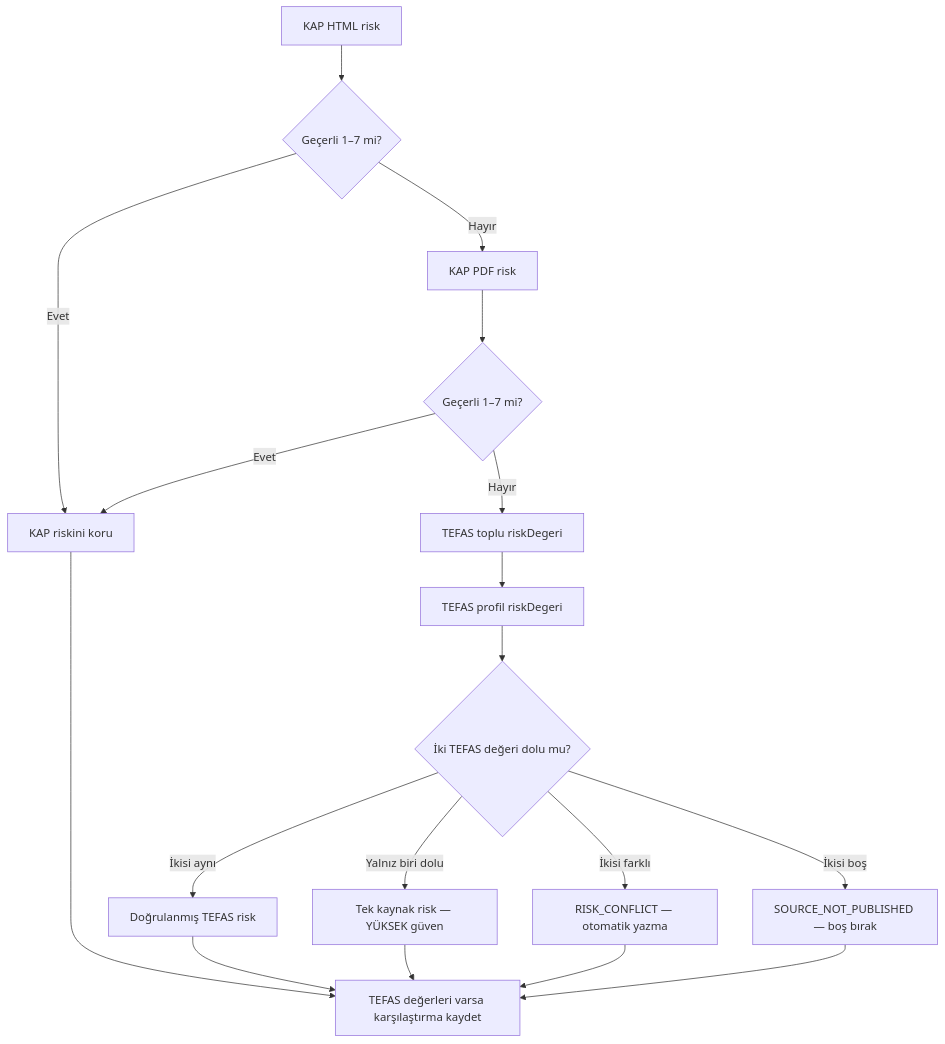
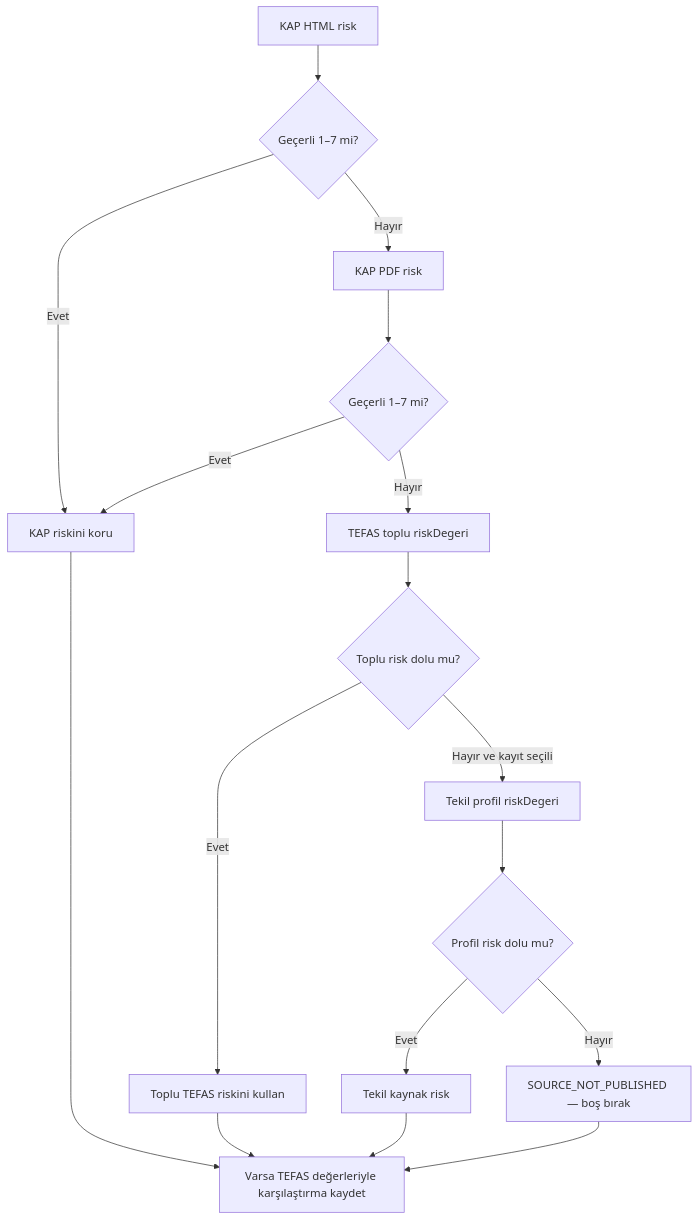
The sixth of 18 diagrams in README.md (egemenkarabulut/PiyasaNabzi-KAP-YAT), drawn with Mermaid before and after one commit. The commit also changed other lines of this file and 3 other files, not shown here.

````diff
--- a/README.md
+++ b/README.md
@@ -285,20 +276,19 @@
 ```mermaid
 flowchart TD
     A["KAP HTML risk"] --> B{"Geçerli 1–7 mi?"}
     B -- "Evet" --> C["KAP riskini koru"]
     B -- "Hayır" --> D["KAP PDF risk"]
     D --> E{"Geçerli 1–7 mi?"}
     E -- "Evet" --> C
     E -- "Hayır" --> F["TEFAS toplu riskDegeri"]
-    F --> G["TEFAS profil riskDegeri"]
-    G --> H{"İki TEFAS değeri dolu mu?"}
-    H -- "İkisi aynı" --> I["Doğrulanmış TEFAS risk"]
-    H -- "İkisi farklı" --> J["RISK_CONFLICT — otomatik yazma"]
-    H -- "Yalnız biri dolu" --> K["Tek kaynak risk — YÜKSEK güven"]
-    H -- "İkisi boş" --> L["SOURCE_NOT_PUBLISHED — boş bırak"]
-    C --> M["TEFAS değerleri varsa karşılaştırma kaydet"]
-    I --> M
+    F --> G{"Toplu risk dolu mu?"}
+    G -- "Evet" --> H["Toplu TEFAS riskini kullan"]
+    G -- "Hayır ve kayıt seçili" --> I["Tekil profil riskDegeri"]
+    I --> J{"Profil risk dolu mu?"}
+    J -- "Evet" --> K["Tekil kaynak risk"]
+    J -- "Hayır" --> L["SOURCE_NOT_PUBLISHED — boş bırak"]
+    C --> M["Varsa TEFAS değerleriyle karşılaştırma kaydet"]
+    H --> M
     K --> M
-    J --> M
     L --> M
 ```
````
